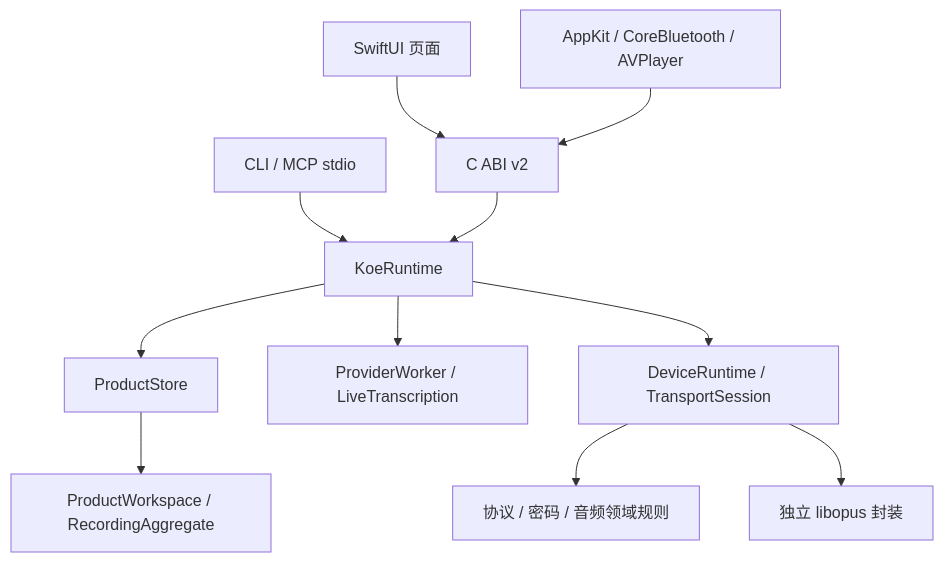
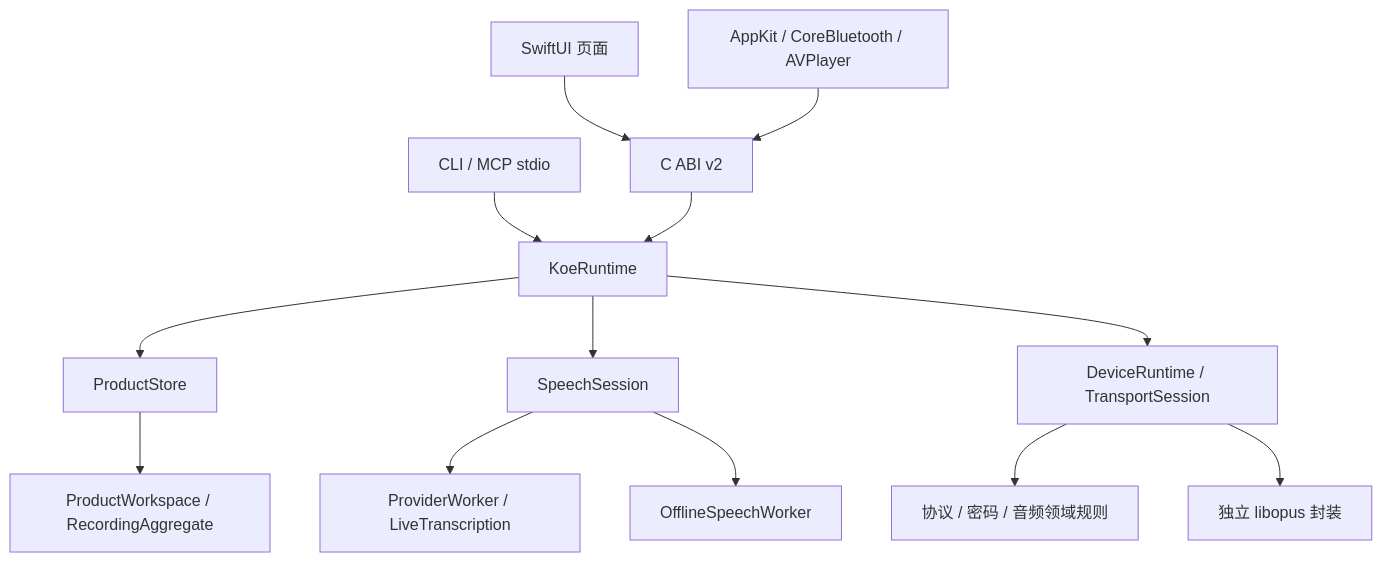
One commit to semantic-craft/koe changed the diagram in docs/ARCHITECTURE.md. Above: the diagram before and after it, drawn with Mermaid. The commit also changed other lines of this file and 78 other files, not shown here.

````diff
--- a/docs/ARCHITECTURE.md
+++ b/docs/ARCHITECTURE.md
@@ -7,13 +7,15 @@
 ```mermaid
 flowchart TD
     UI[SwiftUI 页面] --> API[C ABI v2]
     OS[AppKit / CoreBluetooth / AVPlayer] --> API
     CLI[CLI / MCP stdio] --> Runtime[KoeRuntime]
     API --> Runtime
     Runtime --> Store[ProductStore]
-    Runtime --> Network[ProviderWorker / LiveTranscription]
+    Runtime --> Speech[SpeechSession]
+    Speech --> Network[ProviderWorker / LiveTranscription]
+    Speech --> Offline[OfflineSpeechWorker]
     Runtime --> Device[DeviceRuntime / TransportSession]
     Store --> Domain[ProductWorkspace / RecordingAggregate]
     Device --> Engine[协议 / 密码 / 音频领域规则]
     Device --> Opus[独立 libopus 封装]
 ```
````
